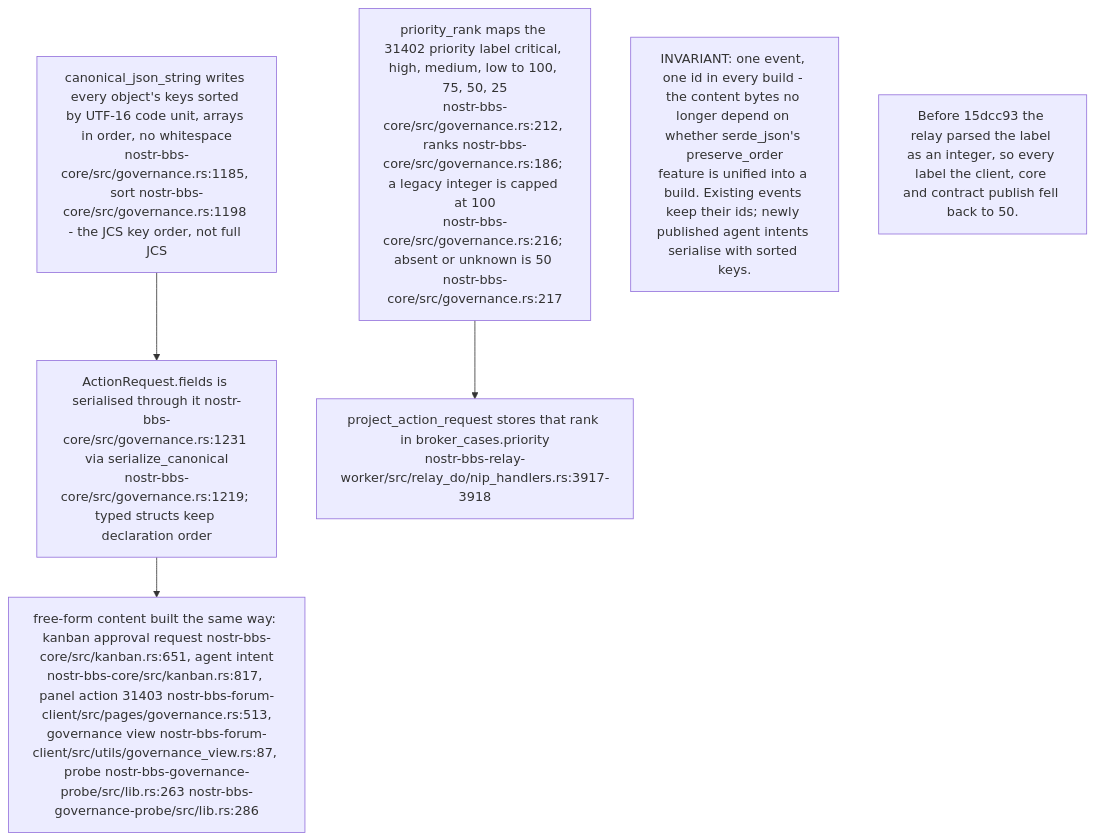
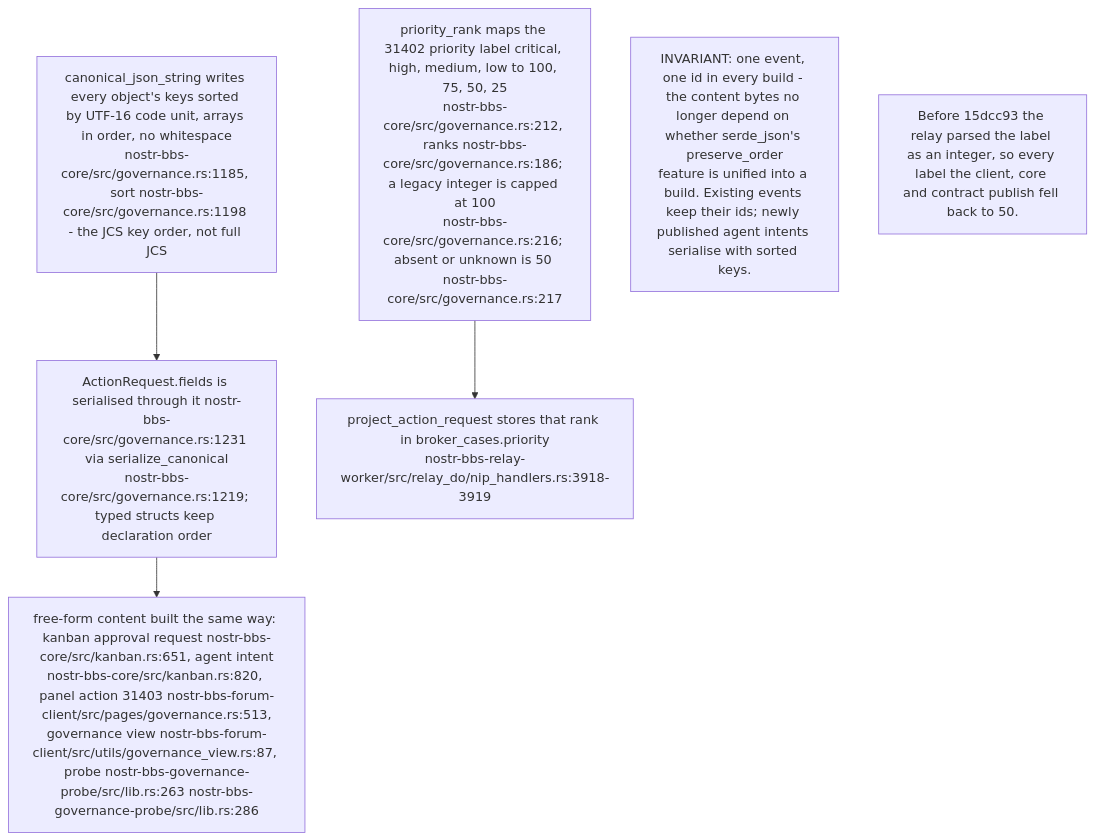
Before and after one commit to DreamLab-AI/VisionFlow: diagram 18 of 18 in docs/diagrams/nostr-rust-forum/06-agent-control-surface-31400-31405.md, drawn with Mermaid. The commit also changed other lines of this file and 23 other files, not shown here.

First line of the commit message:
docs(diagrams): pass C nostr-rust-forum area re-verified at de31aaa

````diff
--- a/docs/diagrams/nostr-rust-forum/06-agent-control-surface-31400-31405.md
+++ b/docs/diagrams/nostr-rust-forum/06-agent-control-surface-31400-31405.md
@@ -502,14 +502,14 @@
 ```mermaid
 flowchart TB
     CANON["canonical_json_string writes every object's keys sorted by UTF-16 code unit, arrays in order, no whitespace<br/>nostr-bbs-core/src/governance.rs:1185, sort nostr-bbs-core/src/governance.rs:1198 - the JCS key order, not full JCS"]
     FIELDS["ActionRequest.fields is serialised through it nostr-bbs-core/src/governance.rs:1231 via serialize_canonical<br/>nostr-bbs-core/src/governance.rs:1219; typed structs keep declaration order"]
-    USERS["free-form content built the same way: kanban approval request nostr-bbs-core/src/kanban.rs:651, agent intent<br/>nostr-bbs-core/src/kanban.rs:817, panel action 31403 nostr-bbs-forum-client/src/pages/governance.rs:513,<br/>governance view nostr-bbs-forum-client/src/utils/governance_view.rs:87, probe nostr-bbs-governance-probe/src/lib.rs:263 nostr-bbs-governance-probe/src/lib.rs:286"]
+    USERS["free-form content built the same way: kanban approval request nostr-bbs-core/src/kanban.rs:651, agent intent<br/>nostr-bbs-core/src/kanban.rs:820, panel action 31403 nostr-bbs-forum-client/src/pages/governance.rs:513,<br/>governance view nostr-bbs-forum-client/src/utils/governance_view.rs:87, probe nostr-bbs-governance-probe/src/lib.rs:263 nostr-bbs-governance-probe/src/lib.rs:286"]
     RANK["priority_rank maps the 31402 priority label critical, high, medium, low to 100, 75, 50, 25<br/>nostr-bbs-core/src/governance.rs:212, ranks nostr-bbs-core/src/governance.rs:186; a legacy integer is capped at 100<br/>nostr-bbs-core/src/governance.rs:216; absent or unknown is 50 nostr-bbs-core/src/governance.rs:217"]
-    STORE["project_action_request stores that rank in broker_cases.priority<br/>nostr-bbs-relay-worker/src/relay_do/nip_handlers.rs:3917-3918"]
+    STORE["project_action_request stores that rank in broker_cases.priority<br/>nostr-bbs-relay-worker/src/relay_do/nip_handlers.rs:3918-3919"]
 
     CANON --> FIELDS --> USERS
     RANK --> STORE
 
     N1["INVARIANT: one event, one id in every build - the content bytes no longer depend on whether serde_json's preserve_order<br/>feature is unified into a build. Existing events keep their ids; newly published agent intents serialise with sorted keys."]
     N2["Before 15dcc93 the relay parsed the label as an integer, so every label the client, core and contract publish fell back to 50."]
 ```
````
